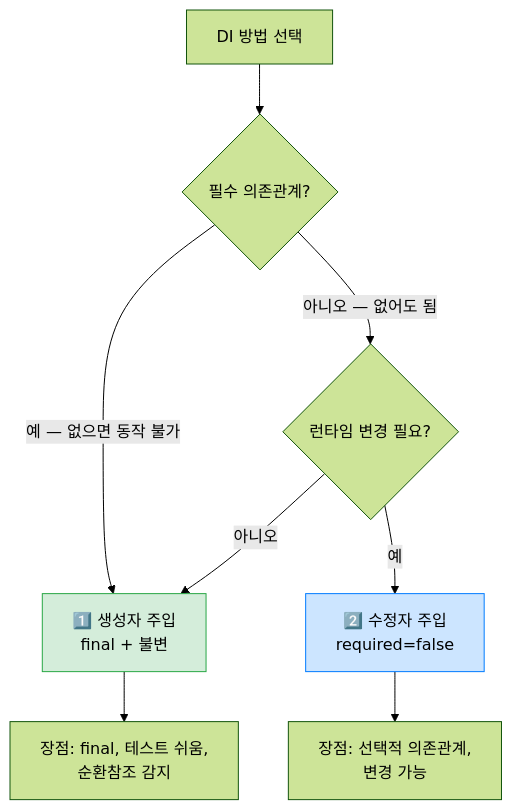
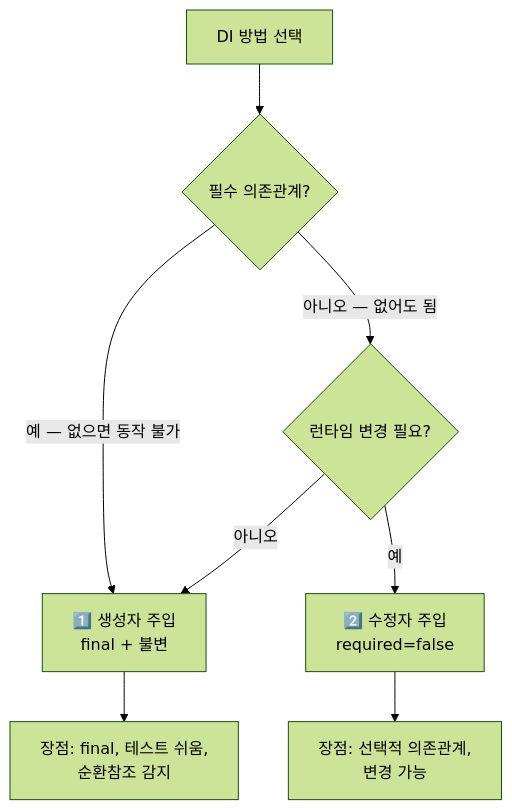
One commit to yjkim2015/yjkim2015.github.io changed the fifth of 13 diagrams in _posts/spring/2026-05-02-spring-core-basic.md. Above: the diagram before and after it, drawn with Mermaid (forest theme). The commit also changed other lines of this file and 215 other files, not shown here.

First line of the commit message:
신규 포스트 10개 추가 + Mermaid 전면 축소 + SystemDesign 시리즈 보강

````diff
--- a/_posts/spring/2026-05-02-spring-core-basic.md
+++ b/_posts/spring/2026-05-02-spring-core-basic.md
@@ -368,16 +308,10 @@
 ```mermaid
 flowchart TD
     A["DI 방법 선택"] --> B{"필수 의존관계?"}
     B -->|"예 — 없으면 동작 불가"| C["1️⃣ 생성자 주입\nfinal + 불변"]
     B -->|"아니오 — 없어도 됨"| D{"런타임 변경 필요?"}
     D -->|"예"| E["2️⃣ 수정자 주입\nrequired=false"]
     D -->|"아니오"| C
-
     C --> G["장점: final, 테스트 쉬움,\n순환참조 감지"]
     E --> H["장점: 선택적 의존관계,\n변경 가능"]
-
-    classDef green fill:#d4edda,stroke:#28a745
-    classDef blue fill:#cce5ff,stroke:#007bff
-    class C green
-    class E blue
 ```
````
